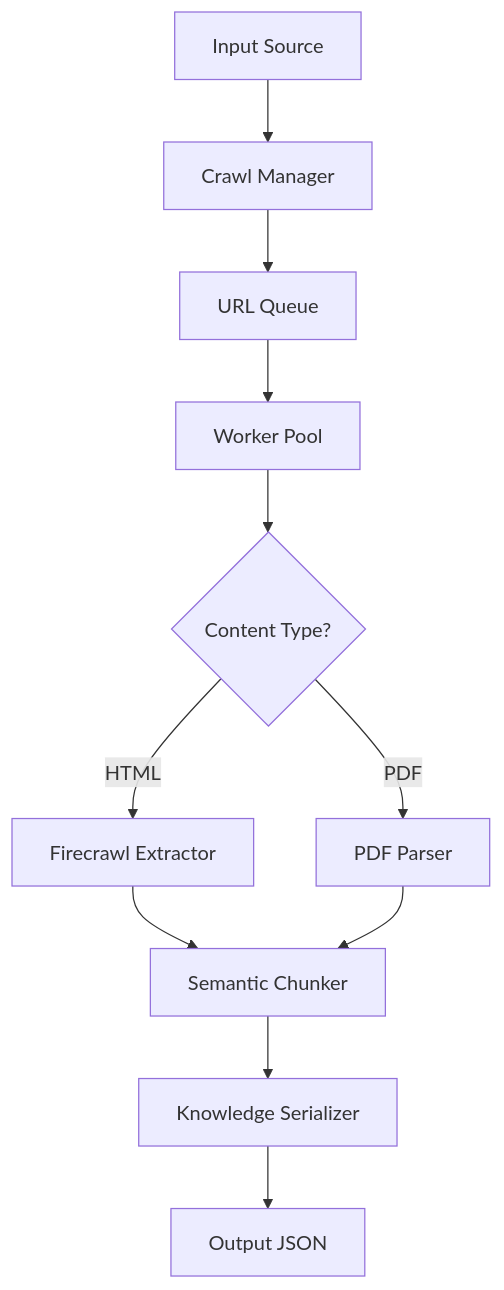
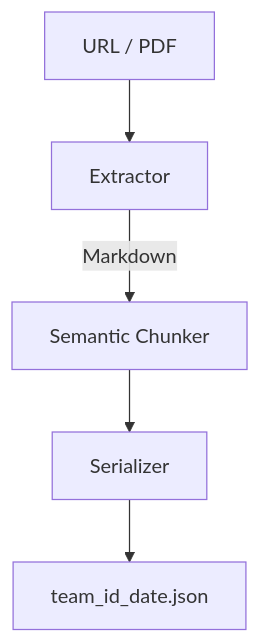
Before and after one commit to Sharathchenna/web-scraper: the first of 2 diagrams in README.md, drawn with Mermaid. The commit also changed other lines of this file, not shown here.

````diff
--- a/README.md
+++ b/README.md
@@ -158,13 +46,7 @@
 ```mermaid
-graph TD
-    A[Input Source] --> B[Crawl Manager]
-    B --> C[URL Queue]
-    C --> D[Worker Pool]
-    D --> E{Content Type?}
-    E -->|HTML| F[Firecrawl Extractor]
-    E -->|PDF| G[PDF Parser]
-    F --> H[Semantic Chunker]
-    G --> H
-    H --> I[Knowledge Serializer]
-    I --> J[Output JSON]
+graph TD;
+  A[URL / PDF] --> B[Extractor];
+  B -->|Markdown| C[Semantic Chunker];
+  C --> D[Serializer];
+  D --> E[team_id_date.json];
 ```
````
